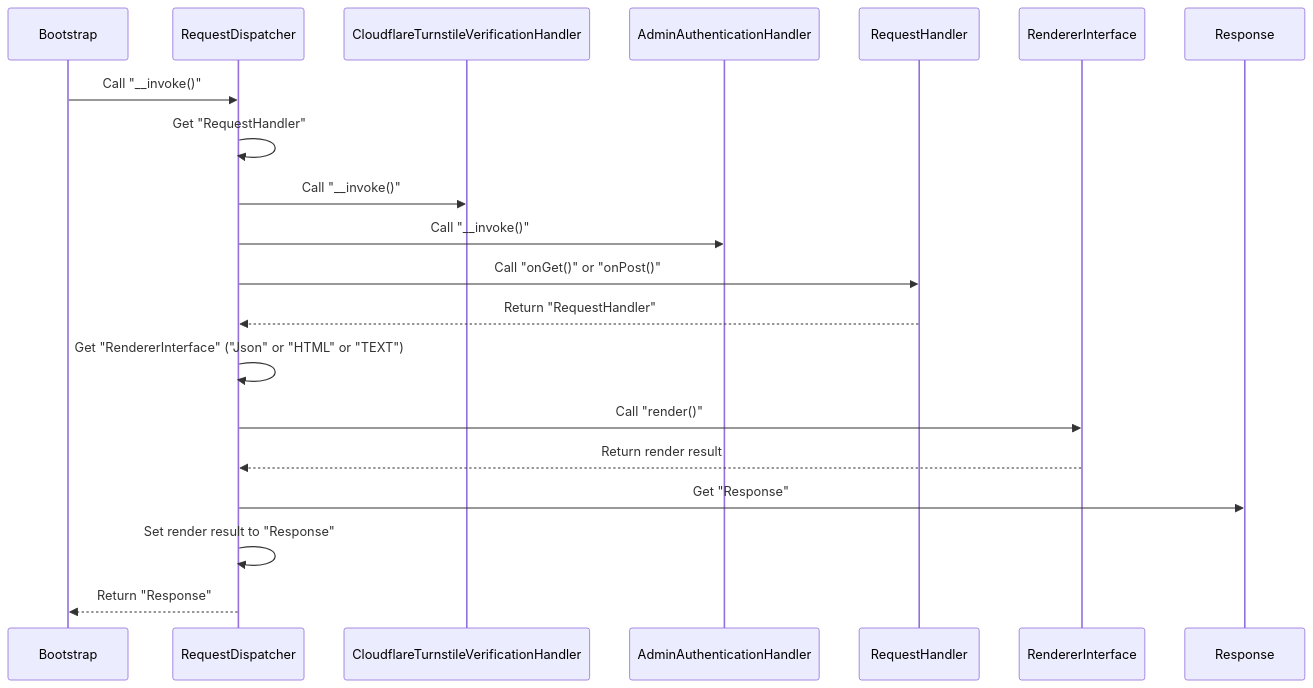
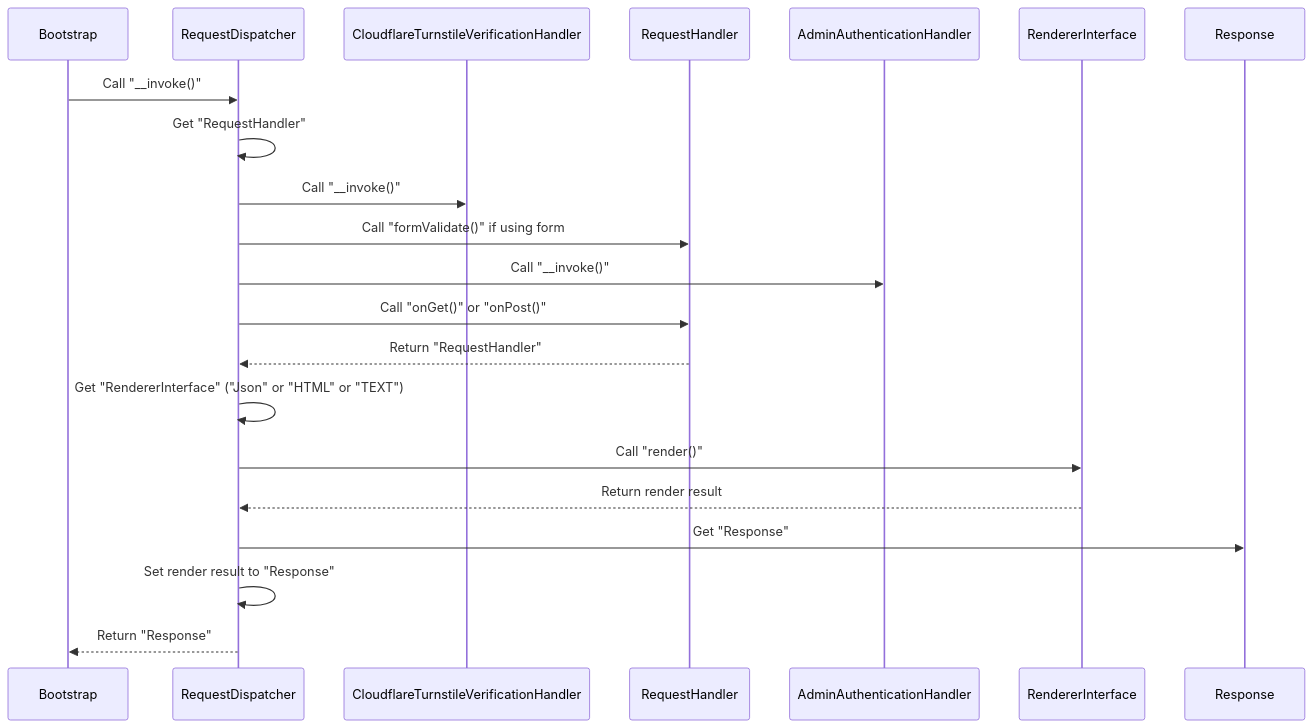
The diagram in README.md (apple-x-co/aura-app), drawn with Mermaid before and after one commit. The commit also changed 9 other files, not shown here.

````diff
--- a/README.md
+++ b/README.md
@@ -28,15 +28,16 @@
 ```mermaid
 sequenceDiagram
     Bootstrap ->> RequestDispatcher: Call "__invoke()"
     RequestDispatcher ->> RequestDispatcher: Get "RequestHandler"
     RequestDispatcher ->> CloudflareTurnstileVerificationHandler: Call "__invoke()"
+    RequestDispatcher ->> RequestHandler: Call "formValidate()" if using form
     RequestDispatcher ->> AdminAuthenticationHandler: Call "__invoke()"
     RequestDispatcher ->> RequestHandler: Call "onGet()" or "onPost()"
     RequestHandler -->> RequestDispatcher: Return "RequestHandler"
     RequestDispatcher ->> RequestDispatcher: Get "RendererInterface" ("Json" or "HTML" or "TEXT")
     RequestDispatcher ->> RendererInterface: Call "render()"
     RendererInterface -->> RequestDispatcher: Return render result
     RequestDispatcher ->> Response: Get "Response"
     RequestDispatcher ->> RequestDispatcher: Set render result to "Response"
     RequestDispatcher -->> Bootstrap: Return "Response"
 ```
````
